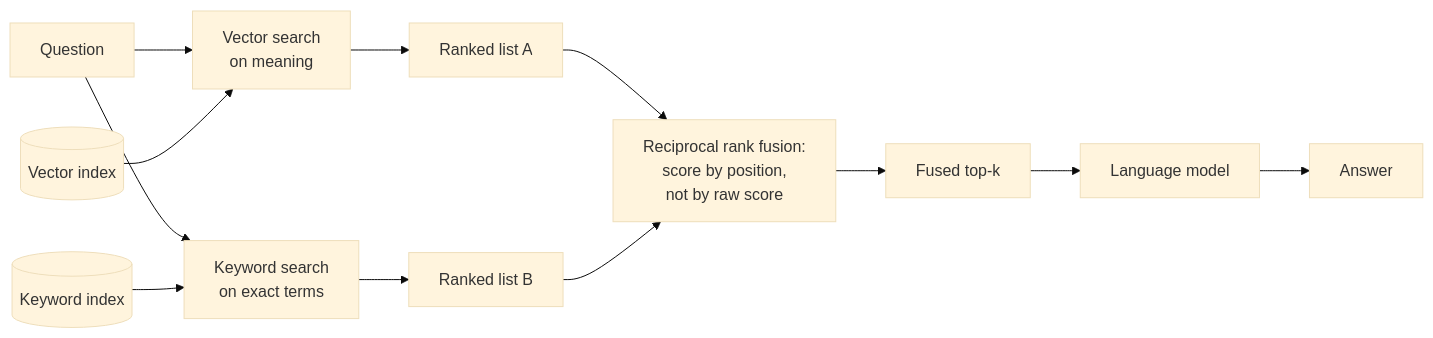
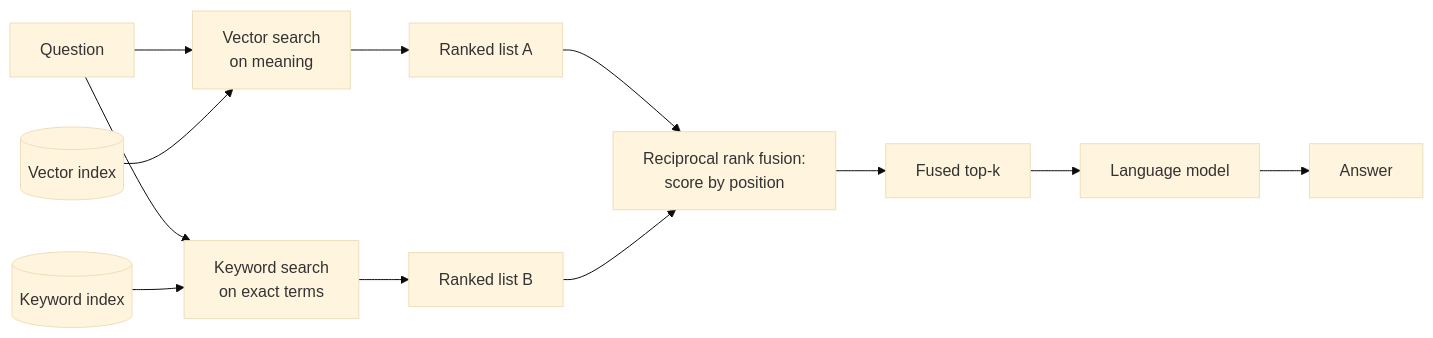
The second of 2 diagrams in app/demos/rag/hybrid/README.md (jjaaxx44/genai-personal-lab-rag), drawn with Mermaid (base theme) before and after one commit. The commit also changed other lines of this file and 32 other files, not shown here.

````diff
--- a/app/demos/rag/hybrid/README.md
+++ b/app/demos/rag/hybrid/README.md
@@ -29,14 +21,14 @@
 ```mermaid
 flowchart LR
   Q["Question"] --> V["Vector search<br/>on meaning"]
   Q --> K["Keyword search<br/>on exact terms"]
   I1[("Vector index")] --> V
   I2[("Keyword index")] --> K
   V --> R["Ranked list A"]
   K --> R2["Ranked list B"]
-  R --> F["Reciprocal rank fusion:<br/>score by position,<br/>not by raw score"]
+  R --> F["Reciprocal rank fusion:<br/>score by position"]
   R2 --> F
   F --> T["Fused top-k"]
   T --> L["Language model"]
   L --> A["Answer"]
 ```
````
